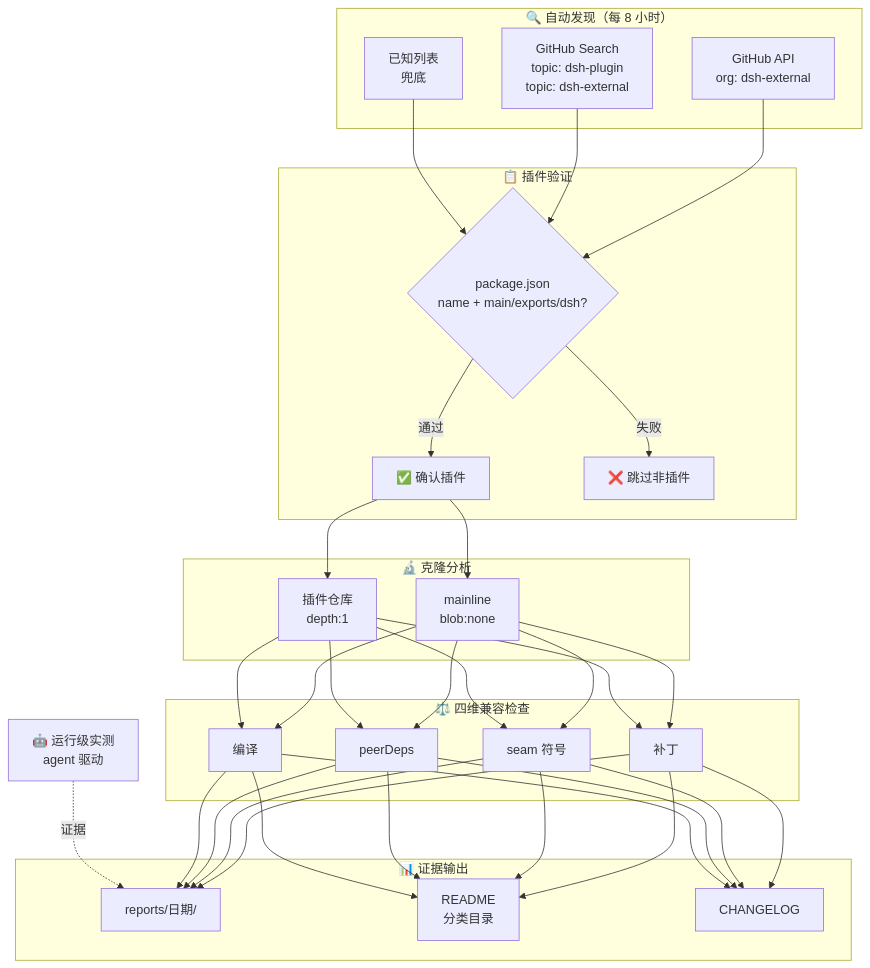
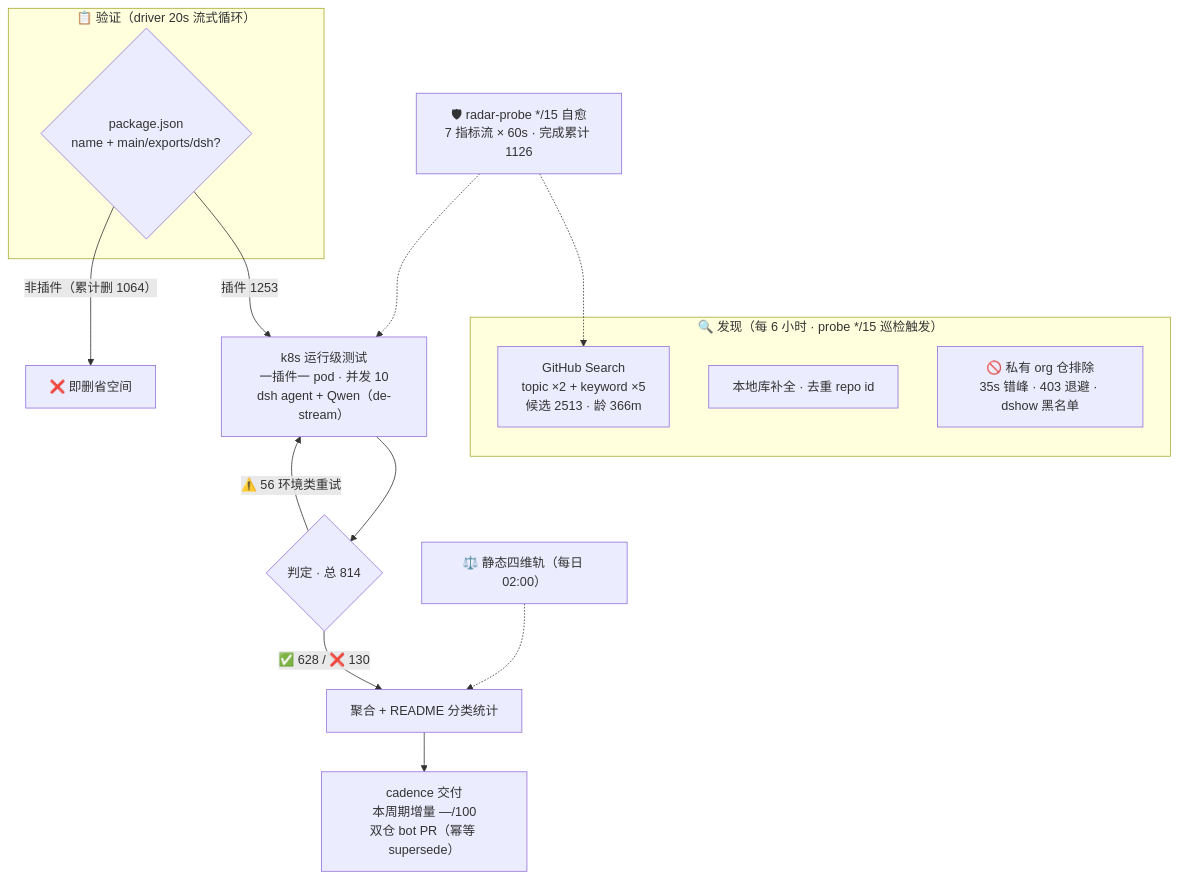
Before and after one commit to Zhidao-Lab-OSS/awesome-dsh-plugins: the diagram in README.md, drawn with Mermaid. The commit also changed other lines of this file and 1 other file, not shown here.

Commit message:
readme-render: 渲染自快照 20260814T203350Z（自托管 Bot B · merge 门控）

````diff
--- a/README.md
+++ b/README.md
@@ -17,36 +20,20 @@
 ```mermaid
-graph TB
-    subgraph Discovery["🔍 自动发现（每 8 小时）"]
-        A1["GitHub API<br/>org: dsh-external"]
-        A2["GitHub Search<br/>topic: dsh-plugin<br/>topic: dsh-external"]
-        A3["已知列表<br/>兜底"]
+flowchart TB
+    subgraph Discovery["🔍 发现（每 6 小时 · probe */15 巡检触发）"]
+        A1["GitHub Search<br/>topic ×2 + keyword ×5<br/>候选 2513 · 龄 366m"]
+        A2["本地库补全 · 去重 repo id"]
+        A3["🚫 私有 org 仓排除<br/>35s 错峰 · 403 退避 · dshow 黑名单"]
     end
-    subgraph Validation["📋 插件验证"]
+    subgraph Validation["📋 验证（driver 20s 流式循环）"]
         B1{"package.json<br/>name + main/exports/dsh?"}
-        B1 -->|通过| B2["✅ 确认插件"]
-        B1 -->|失败| B3["❌ 跳过非插件"]
     end
-    subgraph Analysis["🔬 克隆分析"]
-        C1["mainline<br/>blob:none"]
-        C2["插件仓库<br/>depth:1"]
-    end
-    subgraph Compat["⚖️ 四维兼容检查"]
-        D1[补丁]
-        D2[seam 符号]
-        D3[peerDeps]
-        D4[编译]
-    end
-    subgraph Output["📊 证据输出"]
-        E1["reports/日期/"]
-        E2["README<br/>分类目录"]
-        E3[CHANGELOG]
-    end
-    RT["🤖 运行级实测<br/>agent 驱动"]
-    A1 --> B1
-    A2 --> B1
-    A3 --> B1
-    B2 --> C1 & C2
-    C1 & C2 --> D1 & D2 & D3 & D4
-    D1 & D2 & D3 & D4 --> E1 & E2 & E3
-    RT -.->|证据| E1
+    B1 -->|"插件 1253"| C1["k8s 运行级测试<br/>一插件一 pod · 并发 10<br/>dsh agent + Qwen（de-stream）"]
+    B1 -->|"非插件（累计删 1064）"| B3["❌ 即删省空间"]
+    C1 --> D1{"判定 · 总 814"}
+    D1 -->|"✅ 628 / ❌ 130"| E1["聚合 + README 分类统计"]
+    D1 -->|"⚠️ 56 环境类重试"| C1
+    E1 --> E2["cadence 交付<br/>本周期增量 —/100<br/>双仓 bot PR（幂等 supersede）"]
+    S["⚖️ 静态四维轨（每日 02:00）"] -.-> E1
+    M["🛡 radar-probe */15 自愈<br/>7 指标流 × 60s · 完成累计 1126"] -.-> A1
+    M -.-> C1
 ```
````
